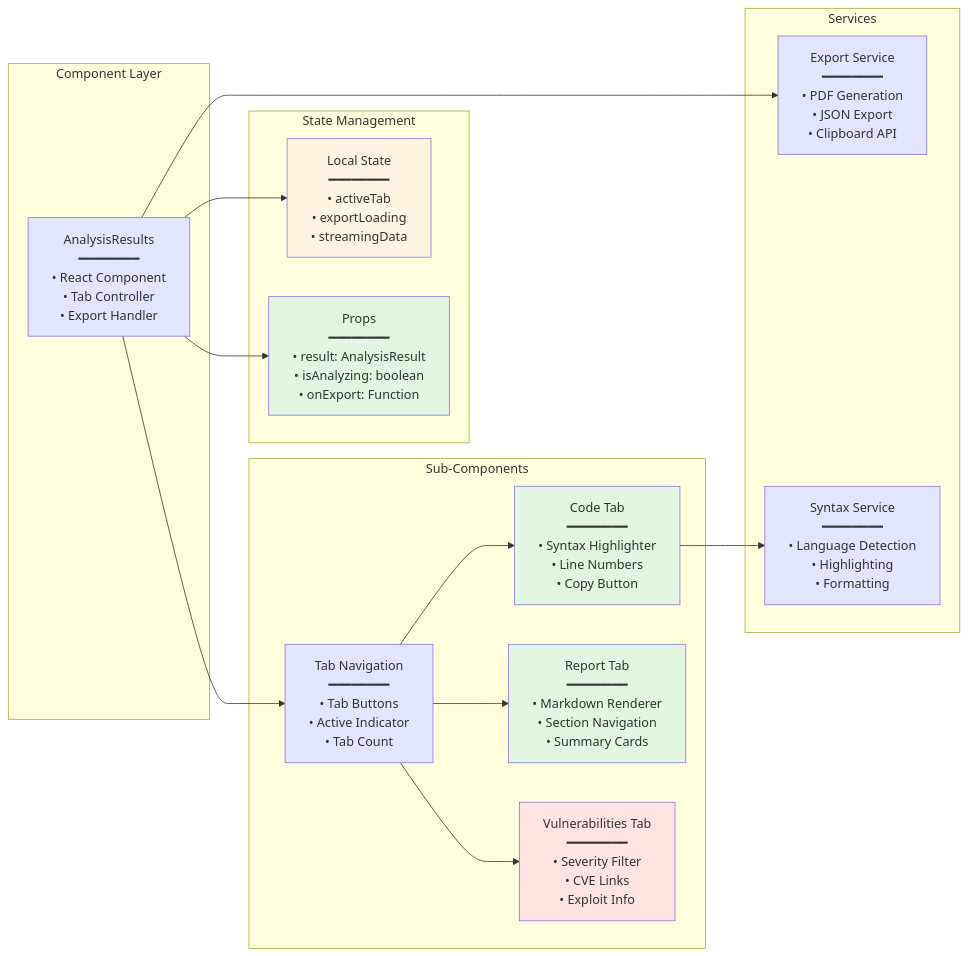
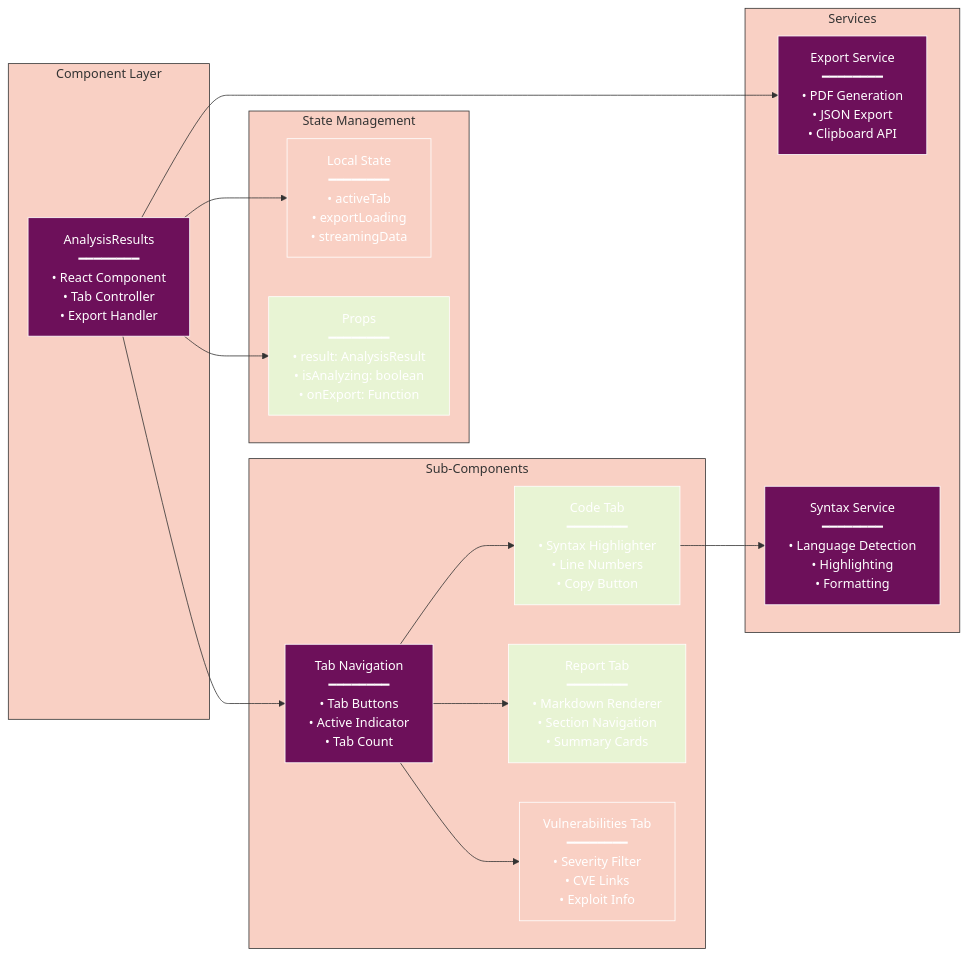
The second of 12 diagrams in docs/components/ANALYSIS_RESULTS.md (radicalkjax/Athena), drawn with Mermaid before and after one commit. The commit also changed other lines of this file and 27 other files, not shown here.

Commit message:
Introduction of expo package manager. Updated docs to reflect changes. Unified mermaid theme for docs.

````diff
--- a/docs/components/ANALYSIS_RESULTS.md
+++ b/docs/components/ANALYSIS_RESULTS.md
@@ -77,42 +98,63 @@
 ```mermaid
+%%{init: {
+  'theme': 'base',
+  'themeVariables': {
+    'primaryColor': '#6d105a',
+    'primaryTextColor': '#ffffff',
+    'primaryBorderColor': '#ffffff',
+    'lineColor': '#333333',
+    'secondaryColor': '#e8f4d4',
+    'secondaryTextColor': '#333333',
+    'secondaryBorderColor': '#333333',
+    'tertiaryColor': '#f9d0c4',
+    'tertiaryTextColor': '#333333',
+    'tertiaryBorderColor': '#333333',
+    'background': '#ffffff',
+    'mainBkg': '#6d105a',
+    'secondBkg': '#e8f4d4',
+    'tertiaryBkg': '#f9d0c4',
+    'textColor': '#333333',
+    'fontFamily': 'Arial, sans-serif'
+  }
+}}%%
 graph LR
     subgraph "Component Layer"
         A[AnalysisResults<br/>━━━━━━━━<br/>• React Component<br/>• Tab Controller<br/>• Export Handler]
     end
     
     subgraph "State Management"
         B[Local State<br/>━━━━━━━━<br/>• activeTab<br/>• exportLoading<br/>• streamingData]
         C[Props<br/>━━━━━━━━<br/>• result: AnalysisResult<br/>• isAnalyzing: boolean<br/>• onExport: Function]
     end
     
     subgraph "Sub-Components"
         D[Tab Navigation<br/>━━━━━━━━<br/>• Tab Buttons<br/>• Active Indicator<br/>• Tab Count]
         E[Code Tab<br/>━━━━━━━━<br/>• Syntax Highlighter<br/>• Line Numbers<br/>• Copy Button]
         F[Report Tab<br/>━━━━━━━━<br/>• Markdown Renderer<br/>• Section Navigation<br/>• Summary Cards]
         G[Vulnerabilities Tab<br/>━━━━━━━━<br/>• Severity Filter<br/>• CVE Links<br/>• Exploit Info]
     end
     
     subgraph "Services"
         H[Export Service<br/>━━━━━━━━<br/>• PDF Generation<br/>• JSON Export<br/>• Clipboard API]
         I[Syntax Service<br/>━━━━━━━━<br/>• Language Detection<br/>• Highlighting<br/>• Formatting]
     end
     
     A --> B
     A --> C
     A --> D
     D --> E
     D --> F
     D --> G
     E --> I
     A --> H
     
-    style A fill:#e1e5ff
-    style B fill:#fff4e1
-    style C fill:#e1f5e1
-    style D fill:#e1e5ff
-    style E fill:#e1f5e1
-    style F fill:#e1f5e1
-    style G fill:#ffe4e1
-    style H fill:#e1e5ff
-    style I fill:#e1e5ff
+    style A fill:#6d105a
+    style B fill:#f9d0c4
+    style C fill:#e8f4d4
+    style D fill:#6d105a
+    style E fill:#e8f4d4
+    style F fill:#e8f4d4
+    style G fill:#f9d0c4
+    style H fill:#6d105a
+    style I fill:#6d105a
 ```
````
